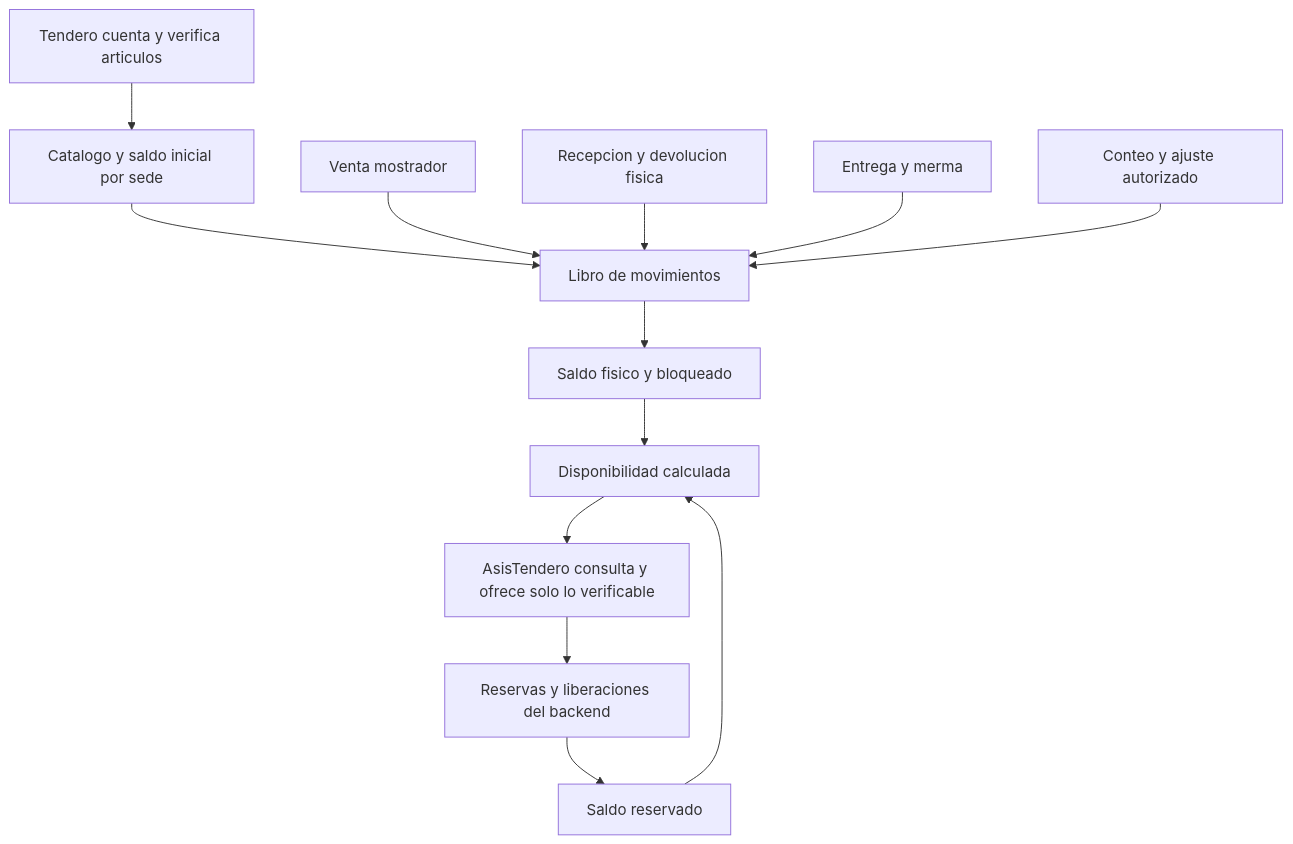
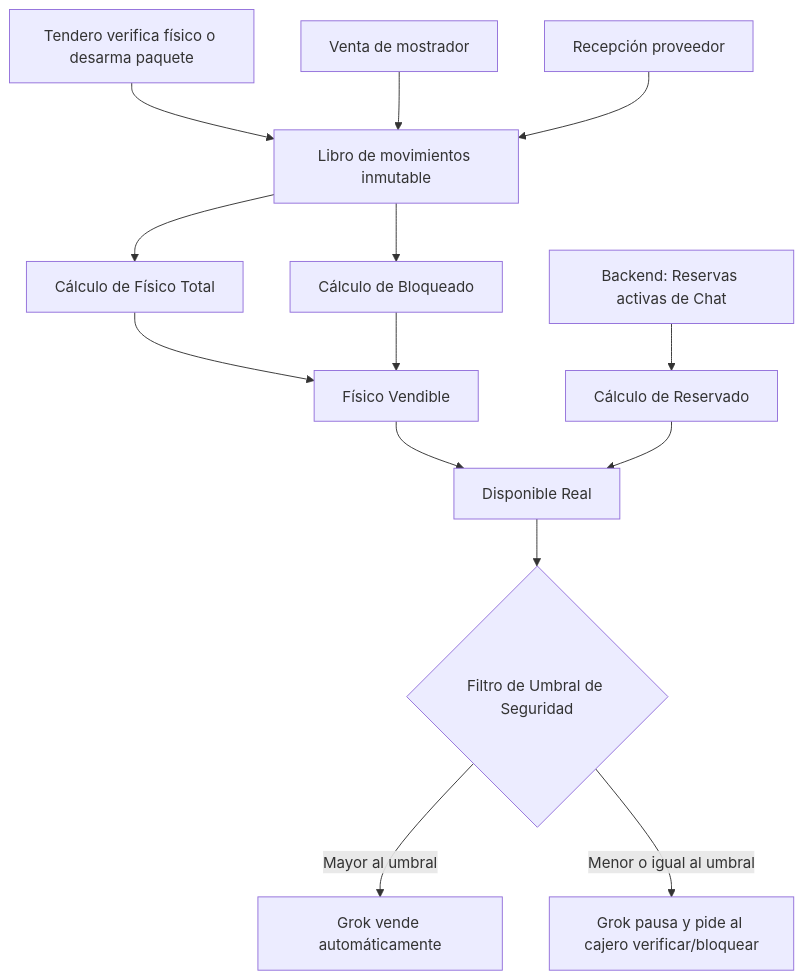
The second of 2 diagrams in contexto/definiciones/PT-004_BORRADOR.md (JulianCVM/AsisTendero), drawn with Mermaid before and after one commit. The commit also changed other lines of this file, not shown here.

````diff
--- a/contexto/definiciones/PT-004_BORRADOR.md
+++ b/contexto/definiciones/PT-004_BORRADOR.md
@@ -109,15 +87,18 @@
 ```mermaid
 flowchart TD
-  H[Tendero cuenta y verifica articulos] --> C[Catalogo y saldo inicial por sede]
-  C --> L[Libro de movimientos]
-  V[Venta mostrador] --> L
-  R[Recepcion y devolucion fisica] --> L
-  E[Entrega y merma] --> L
-  A[Conteo y ajuste autorizado] --> L
-  L --> S[Saldo fisico y bloqueado]
-  P[Reservas y liberaciones del backend] --> T[Saldo reservado]
-  S --> D[Disponibilidad calculada]
-  T --> D
-  D --> G[AsisTendero consulta y ofrece solo lo verificable]
-  G --> P
+    H[Tendero verifica físico o desarma paquete] --> L[Libro de movimientos inmutable]
+    V[Venta de mostrador] --> L
+    R[Recepción proveedor] --> L
+
+    L --> S[Cálculo de Físico Total]
+    L --> B[Cálculo de Bloqueado]
+    S & B --> D[Físico Vendible]
+
+    P[Backend: Reservas activas de Chat] --> T[Cálculo de Reservado]
+
+    D & T --> A[Disponible Real]
+    A --> U{Filtro de Umbral de Seguridad}
+
+    U -- Mayor al umbral --> G[Grok vende automáticamente]
+    U -- Menor o igual al umbral --> X[Grok pausa y pide al cajero verificar/bloquear]
 ```
````
